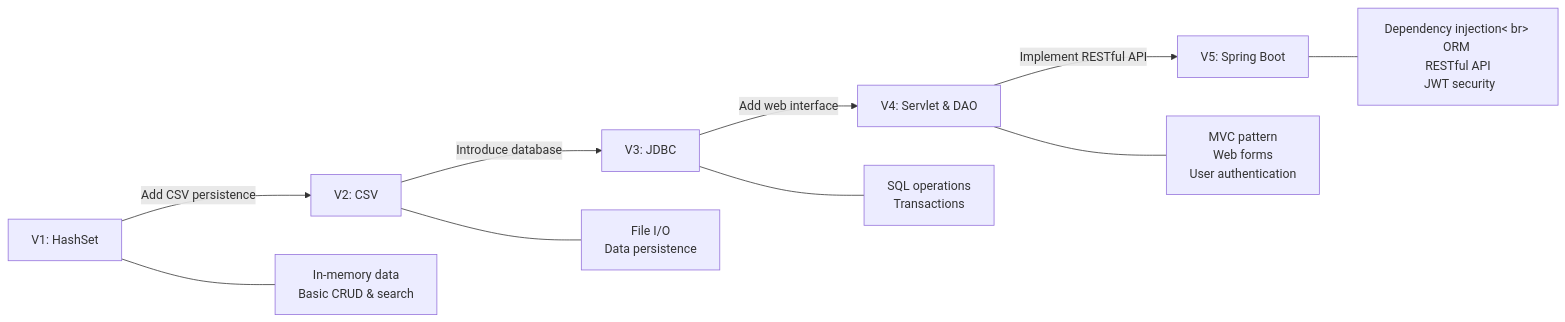
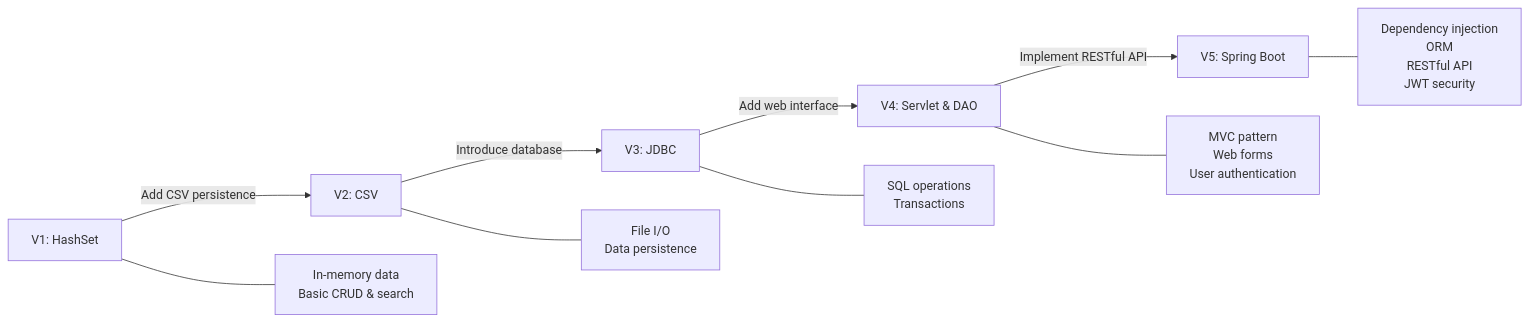
Before and after one commit to saraobialero/Bookstore_Java-Evolution-HashSet-IO-JDBC-Servlet-Spring-Boot: the diagram in README.md, drawn with Mermaid.

Commit message:
UPDATED: Readme.md

````diff
--- a/README.md
+++ b/README.md
@@ -19,14 +19,14 @@
 ```mermaid
 graph LR
     V1[V1: HashSet] -->|Add CSV persistence| V2[V2: CSV]
     V2 -->|Introduce database| V3[V3: JDBC]
     V3 -->|Add web interface| V4[V4: Servlet & DAO]
     V4 -->|Implement RESTful API| V5[V5: Spring Boot]
 
     V1 --- V1F[In-memory data<br>Basic CRUD & search]
     V2 --- V2F[File I/O<br>Data persistence]
     V3 --- V3F[SQL operations <br>Transactions]
     V4 --- V4F[MVC pattern <br> Web forms <br> User authentication]
-    V5 --- V5F[Dependency injection< br> ORM <br> RESTful API <br> JWT security]
+    V5 --- V5F[Dependency injection <br> ORM <br> RESTful API <br> JWT security]
 
 ```
````
